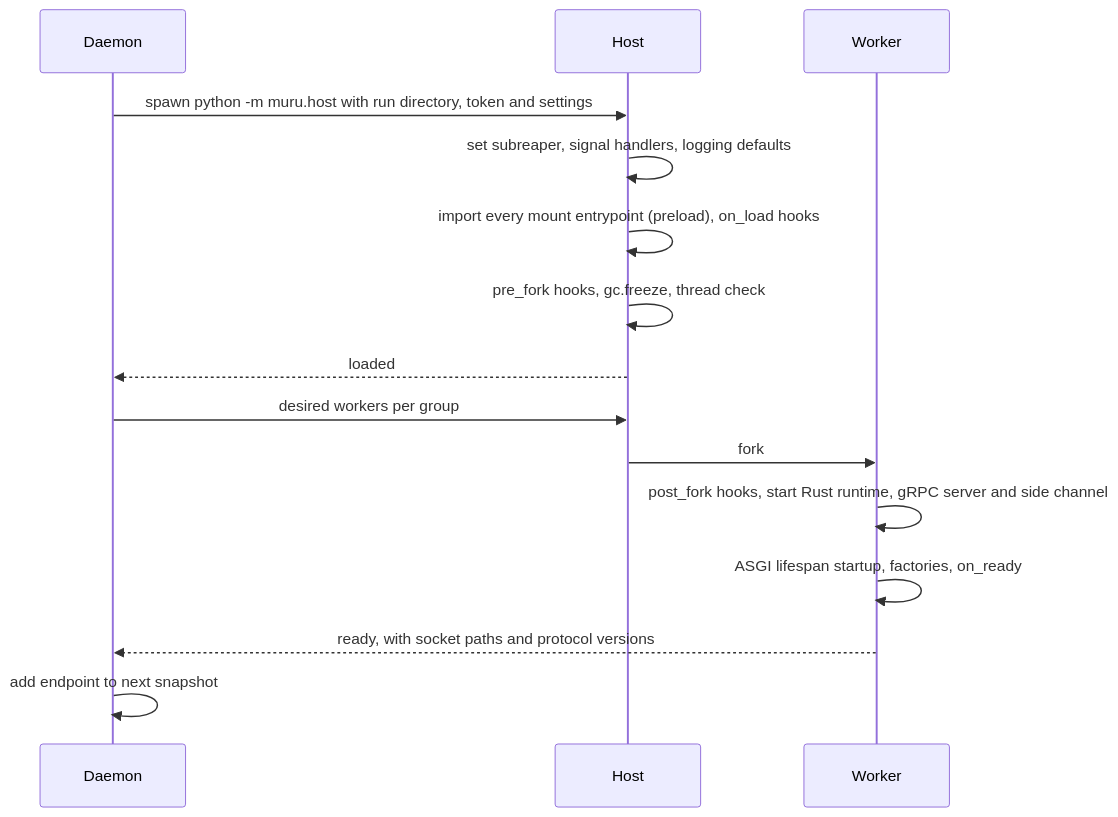
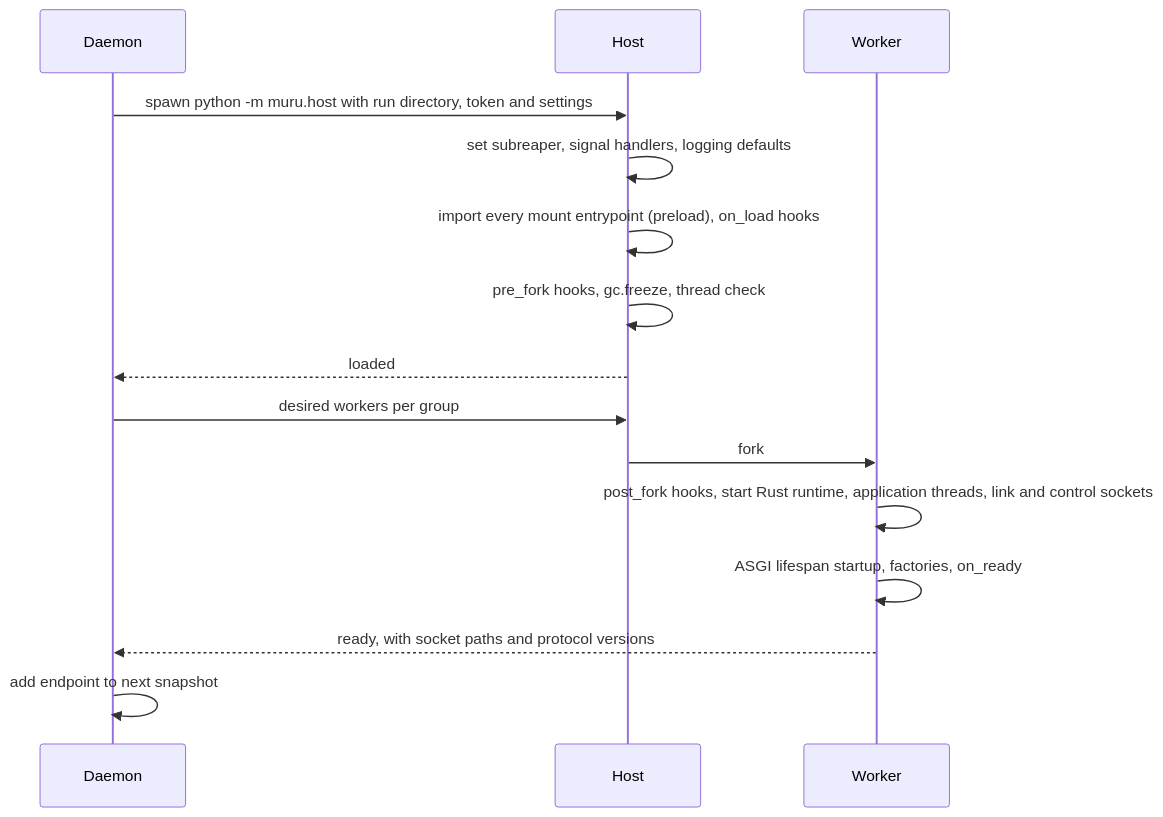
Before and after one commit to GrahamDumpleton/muru: the diagram in docs/project/design/06-python-runtime.md, drawn with Mermaid. The commit also changed other lines of this file and 59 other files, not shown here.

````diff
--- a/docs/project/design/06-python-runtime.md
+++ b/docs/project/design/06-python-runtime.md
@@ -16,17 +16,17 @@
 ```mermaid
 sequenceDiagram
   participant D as Daemon
   participant H as Host
   participant W as Worker
   D->>H: spawn python -m muru.host with run directory, token and settings
   H->>H: set subreaper, signal handlers, logging defaults
   H->>H: import every mount entrypoint (preload), on_load hooks
   H->>H: pre_fork hooks, gc.freeze, thread check
   H-->>D: loaded
   D->>H: desired workers per group
   H->>W: fork
-  W->>W: post_fork hooks, start Rust runtime, gRPC server and side channel
+  W->>W: post_fork hooks, start Rust runtime, application threads, link and control sockets
   W->>W: ASGI lifespan startup, factories, on_ready
   W-->>D: ready, with socket paths and protocol versions
   D->>D: add endpoint to next snapshot
 ```
````
